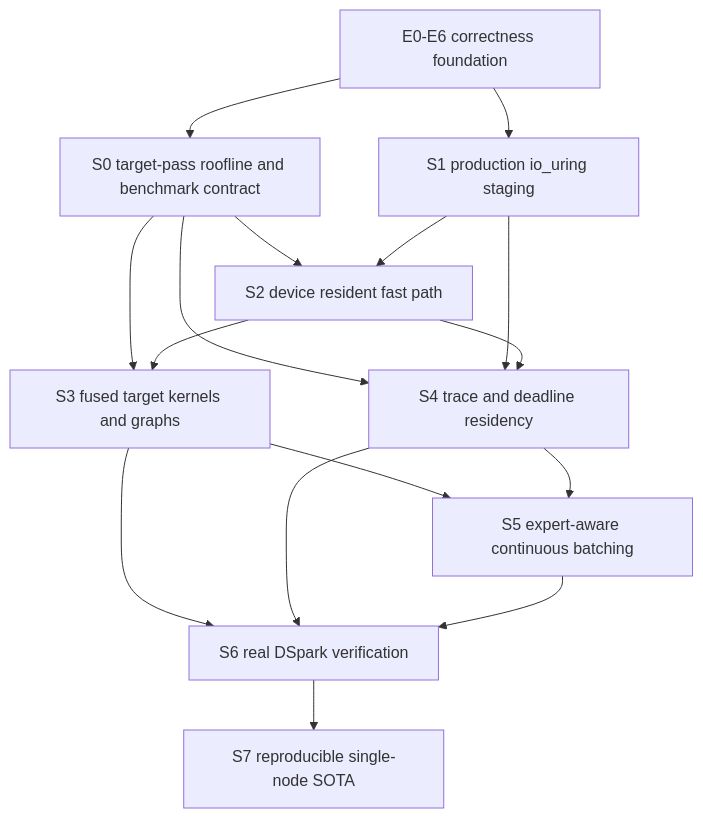
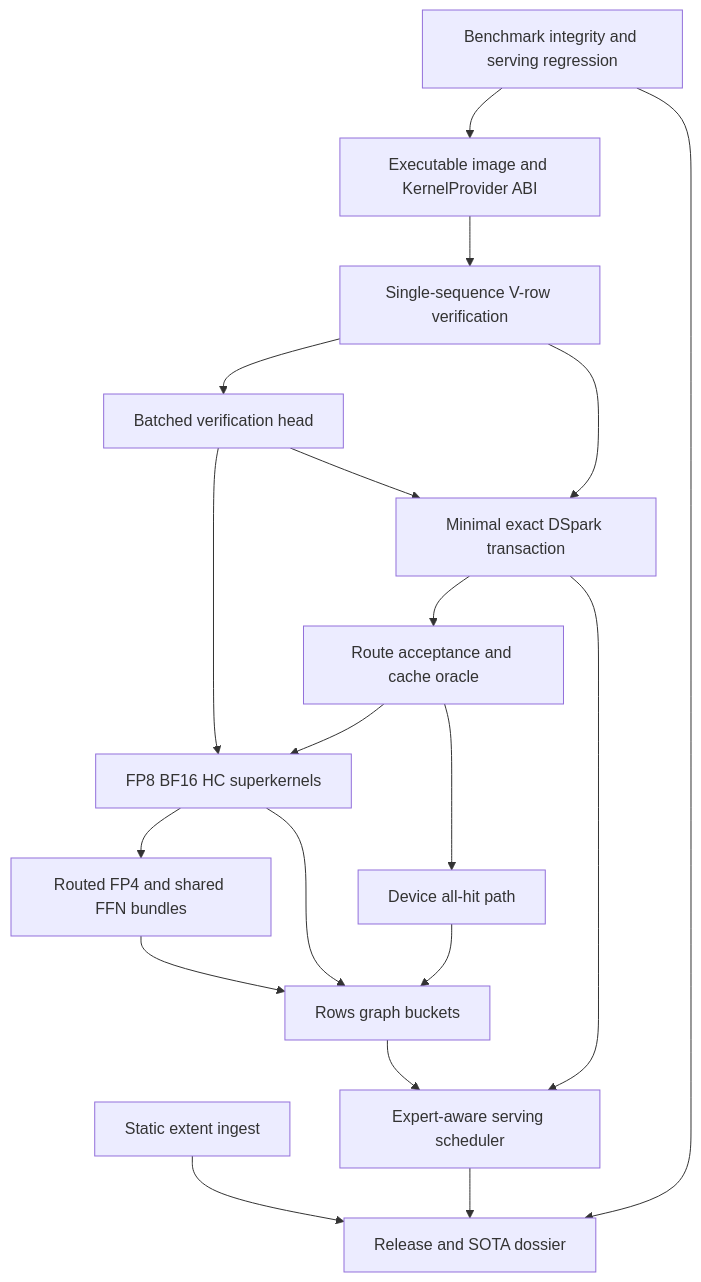
The diagram in docs/ROADMAP.md (devillove084/Ferrule), drawn with Mermaid before and after one commit. The commit also changed other lines of this file and 37 other files, not shown here.

````diff
--- a/docs/ROADMAP.md
+++ b/docs/ROADMAP.md
@@ -472,28 +744,35 @@
 ```mermaid
 flowchart TD
-    F[E0-E6 correctness foundation]
-    S0[S0 target-pass roofline and benchmark contract]
-    S1[S1 production io_uring staging]
-    S2[S2 device resident fast path]
-    S3[S3 fused target kernels and graphs]
-    S4[S4 trace and deadline residency]
-    S5[S5 expert-aware continuous batching]
-    S6[S6 real DSpark verification]
-    S7[S7 reproducible single-node SOTA]
+    B0[Benchmark integrity and serving regression]
+    ABI[Executable image and KernelProvider ABI]
+    V[Single-sequence V-row verification]
+    H[Batched verification head]
+    K[FP8 BF16 HC superkernels]
+    M[Routed FP4 and shared FFN bundles]
+    A[Device all-hit path]
+    G[Rows graph buckets]
+    D[Minimal exact DSpark transaction]
+    R[Route acceptance and cache oracle]
+    I[Static extent ingest]
+    S[Expert-aware serving scheduler]
+    REL[Release and SOTA dossier]
 
-    F --> S0
-    F --> S1
-    S0 --> S2
-    S1 --> S2
-    S0 --> S3
-    S2 --> S3
-    S0 --> S4
-    S1 --> S4
-    S2 --> S4
-    S3 --> S5
-    S4 --> S5
-    S3 --> S6
-    S4 --> S6
-    S5 --> S6
-    S6 --> S7
+    B0 --> ABI
+    ABI --> V
+    V --> H
+    H --> K
+    K --> M
+    A --> G
+    K --> G
+    V --> D
+    H --> D
+    D --> R
+    R --> K
+    R --> A
+    M --> G
+    G --> S
+    D --> S
+    I --> REL
+    B0 --> REL
+    S --> REL
 ```
````
